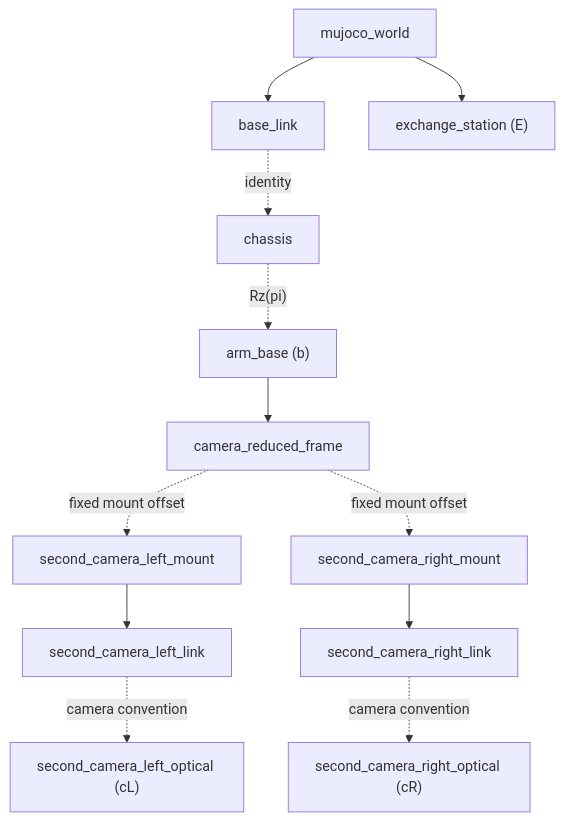
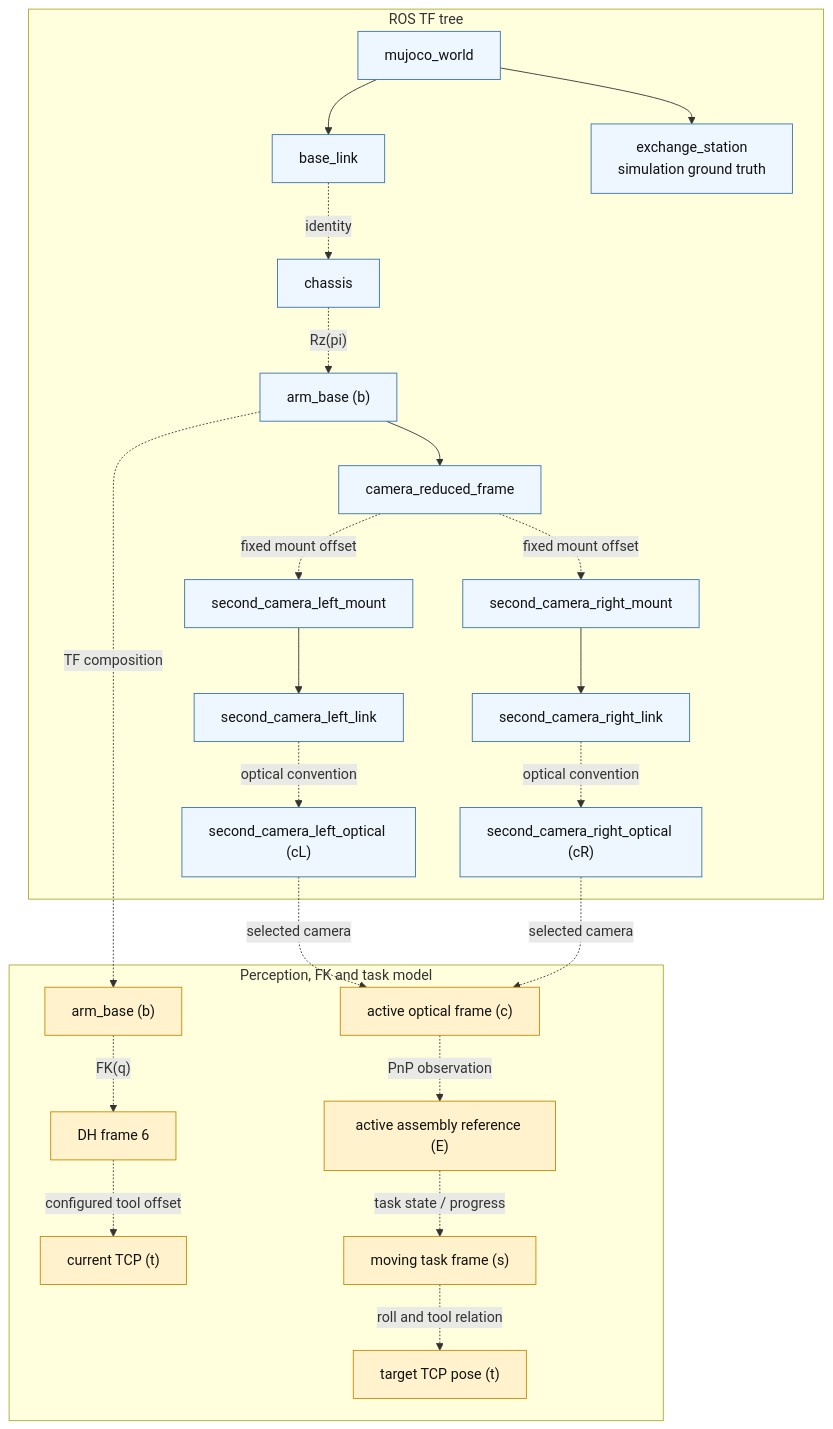
The diagram in runtime/sim/arm_exchange_sim/README.md (hkustenterprize/RM2026-Engineer-Assembly-Algorithm), drawn with Mermaid before and after one commit. The commit also changed other lines of this file and 3 other files, not shown here.

````diff
--- a/runtime/sim/arm_exchange_sim/README.md
+++ b/runtime/sim/arm_exchange_sim/README.md
@@ -97,15 +101,33 @@
 ```mermaid
 flowchart TD
-  world["mujoco_world"] --> base["base_link"]
-  world --> station["exchange_station (E)"]
-  base -. identity .-> chassis["chassis"]
-  chassis -. "Rz(pi)" .-> arm["arm_base (b)"]
-  arm --> reduced["camera_reduced_frame"]
+  subgraph tf["ROS TF tree"]
+    world["mujoco_world"] --> base["base_link"]
+    world --> station_gt["exchange_station<br/>simulation ground truth"]
+    base -. identity .-> chassis["chassis"]
+    chassis -. "Rz(pi)" .-> arm["arm_base (b)"]
+    arm --> reduced["camera_reduced_frame"]
+    reduced -. fixed mount offset .-> lm["second_camera_left_mount"]
+    reduced -. fixed mount offset .-> rm["second_camera_right_mount"]
+    lm --> ll["second_camera_left_link"]
+    rm --> rl["second_camera_right_link"]
+    ll -. optical convention .-> lo["second_camera_left_optical (cL)"]
+    rl -. optical convention .-> ro["second_camera_right_optical (cR)"]
+  end
 
-  reduced -. fixed mount offset .-> lm["second_camera_left_mount"]
-  reduced -. fixed mount offset .-> rm["second_camera_right_mount"]
-  lm --> ll["second_camera_left_link"]
-  rm --> rl["second_camera_right_link"]
-  ll -. camera convention .-> lo["second_camera_left_optical (cL)"]
-  rl -. camera convention .-> ro["second_camera_right_optical (cR)"]
+  subgraph model["Perception, FK and task model"]
+    optical["active optical frame (c)"] -. "PnP observation" .-> reference["active assembly reference (E)"]
+    arm_model["arm_base (b)"] -. "FK(q)" .-> frame6["DH frame 6"]
+    frame6 -. "configured tool offset" .-> tcp["current TCP (t)"]
+    reference -. "task state / progress" .-> task["moving task frame (s)"]
+    task -. "roll and tool relation" .-> target["target TCP pose (t)"]
+  end
+
+  lo -. "selected camera" .-> optical
+  ro -. "selected camera" .-> optical
+  arm -. "TF composition" .-> arm_model
+
+  classDef tfFrame fill:#eef6ff,stroke:#3973ac,color:#111;
+  classDef modelFrame fill:#fff2cc,stroke:#c58a00,color:#111;
+  class world,base,station_gt,chassis,arm,reduced,lm,rm,ll,rl,lo,ro tfFrame;
+  class optical,reference,arm_model,frame6,tcp,task,target modelFrame;
 ```
````
